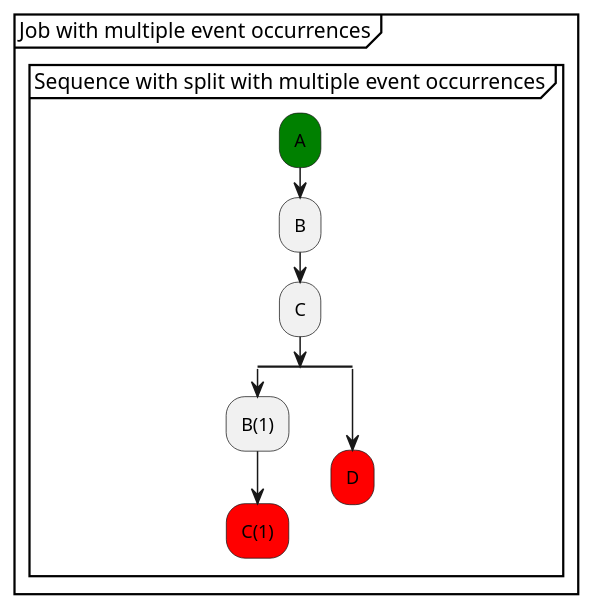
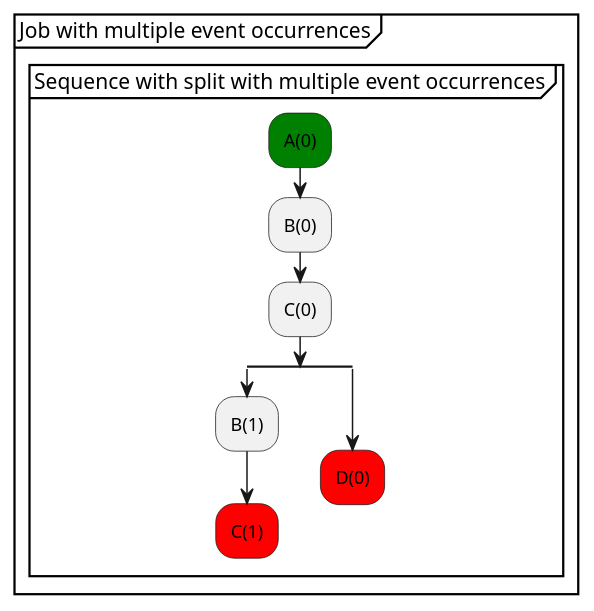
Before and after one commit to xtuml/munin: the diagram in models/SequenceVerificationDataCentric/puml/Tutorial_10.puml, drawn with PlantUML. The commit also changed 5 other files, not shown here.

```diff
--- a/models/SequenceVerificationDataCentric/puml/Tutorial_10.puml
+++ b/models/SequenceVerificationDataCentric/puml/Tutorial_10.puml
@@ -7,17 +7,17 @@
 @startuml 
 partition "Job with multiple event occurrences" {
   group "Sequence with split with multiple event occurrences"
-      #green:A;
-      :B;
-      :C;
+      #green:A(0);
+      :B(0);
+      :C(0);
       split
         :B(1);
         #red:C(1);
         detach
       split again
-        #red:D;
+        #red:D(0);
         detach
       end split
   end group
 }
 @enduml
```
